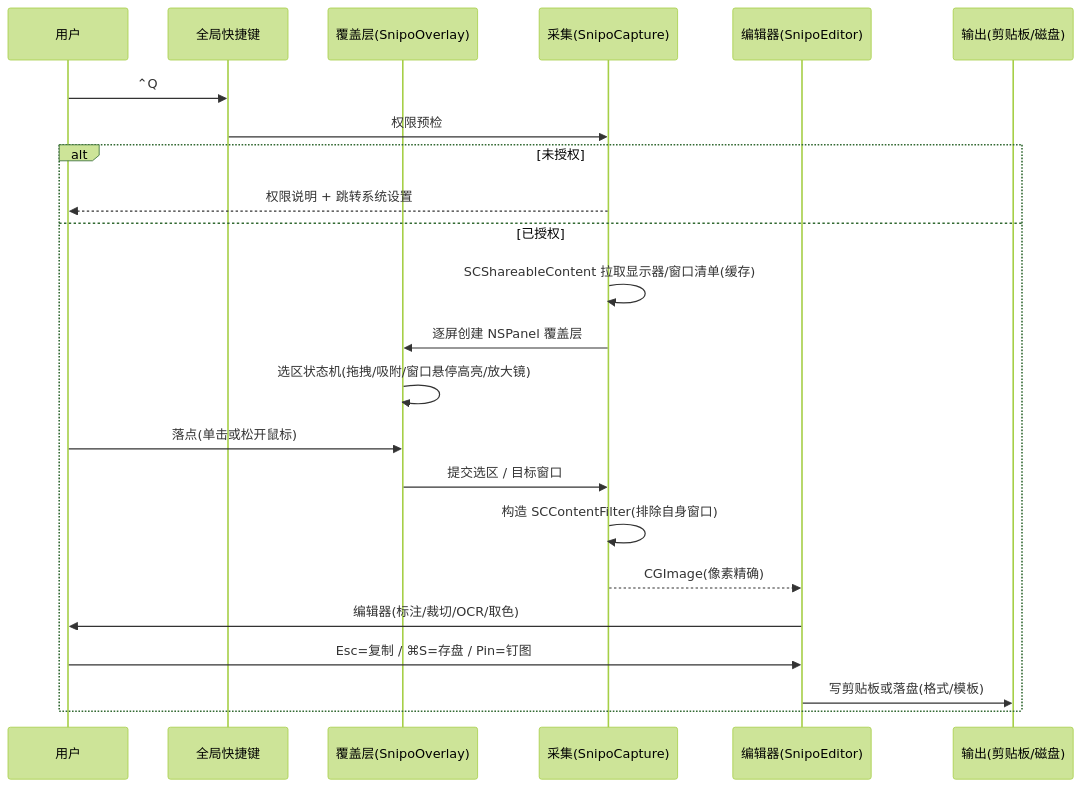
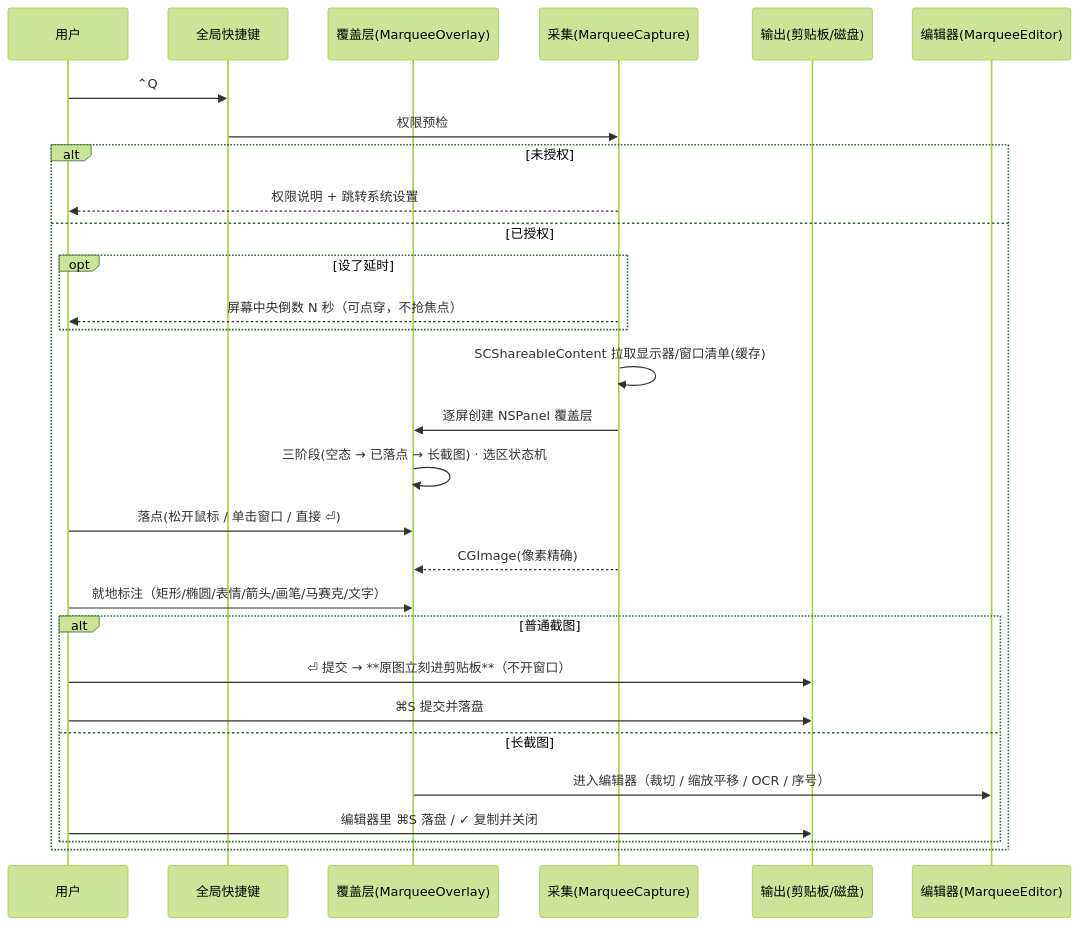
Before and after one commit to tangzzz-fan/Marquee: the second of 4 diagrams in docs/PRD.md, drawn with Mermaid (forest theme). The commit also changed other lines of this file and 5 other files, not shown here.

````diff
--- a/docs/PRD.md
+++ b/docs/PRD.md
@@ -269,26 +356,32 @@
 ```mermaid
 sequenceDiagram
     participant U as 用户
     participant HK as 全局快捷键
-    participant OV as 覆盖层(SnipoOverlay)
-    participant CAP as 采集(SnipoCapture)
-    participant ED as 编辑器(SnipoEditor)
+    participant OV as 覆盖层(MarqueeOverlay)
+    participant CAP as 采集(MarqueeCapture)
     participant OUT as 输出(剪贴板/磁盘)
+    participant ED as 编辑器(MarqueeEditor)
 
     U->>HK: ⌃Q
     HK->>CAP: 权限预检
     alt 未授权
         CAP-->>U: 权限说明 + 跳转系统设置
     else 已授权
+        opt 设了延时
+            CAP-->>U: 屏幕中央倒数 N 秒（可点穿，不抢焦点）
+        end
         CAP->>CAP: SCShareableContent 拉取显示器/窗口清单(缓存)
         CAP->>OV: 逐屏创建 NSPanel 覆盖层
-        OV->>OV: 选区状态机(拖拽/吸附/窗口悬停高亮/放大镜)
-        U->>OV: 落点(单击或松开鼠标)
-        OV->>CAP: 提交选区 / 目标窗口
-        CAP->>CAP: 构造 SCContentFilter(排除自身窗口)
-        CAP-->>ED: CGImage(像素精确)
-        ED->>U: 编辑器(标注/裁切/OCR/取色)
-        U->>ED: Esc=复制 / ⌘S=存盘 / Pin=钉图
-        ED->>OUT: 写剪贴板或落盘(格式/模板)
+        OV->>OV: 三阶段(空态 → 已落点 → 长截图) · 选区状态机
+        U->>OV: 落点(松开鼠标 / 单击窗口 / 直接 ⏎)
+        CAP-->>OV: CGImage(像素精确)
+        U->>OV: 就地标注（矩形/椭圆/表情/箭头/画笔/马赛克/文字）
+        alt 普通截图
+            U->>OUT: ⏎ 提交 → **原图立刻进剪贴板**（不开窗口）
+            U->>OUT: ⌘S 提交并落盘
+        else 长截图
+            OV->>ED: 进入编辑器（裁切 / 缩放平移 / OCR / 序号）
+            U->>OUT: 编辑器里 ⌘S 落盘 / ✓ 复制并关闭
+        end
     end
 ```
````
